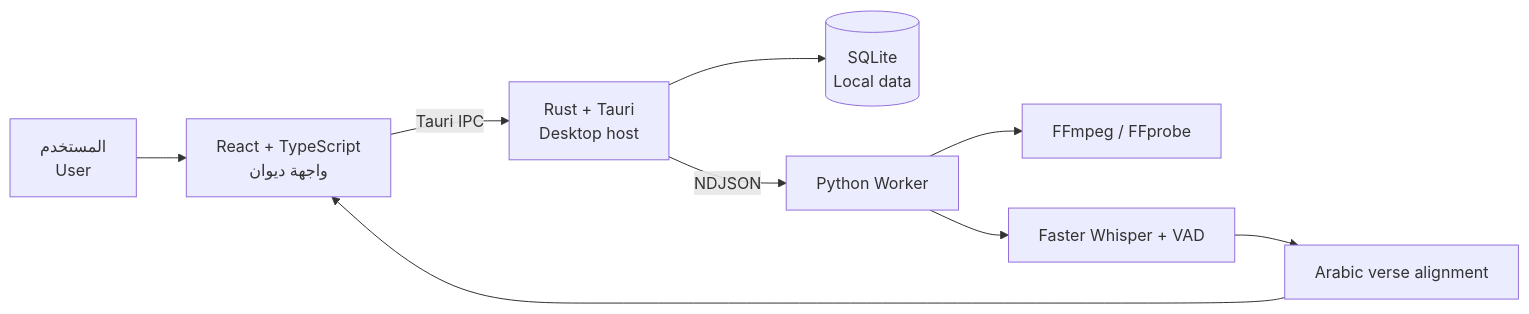
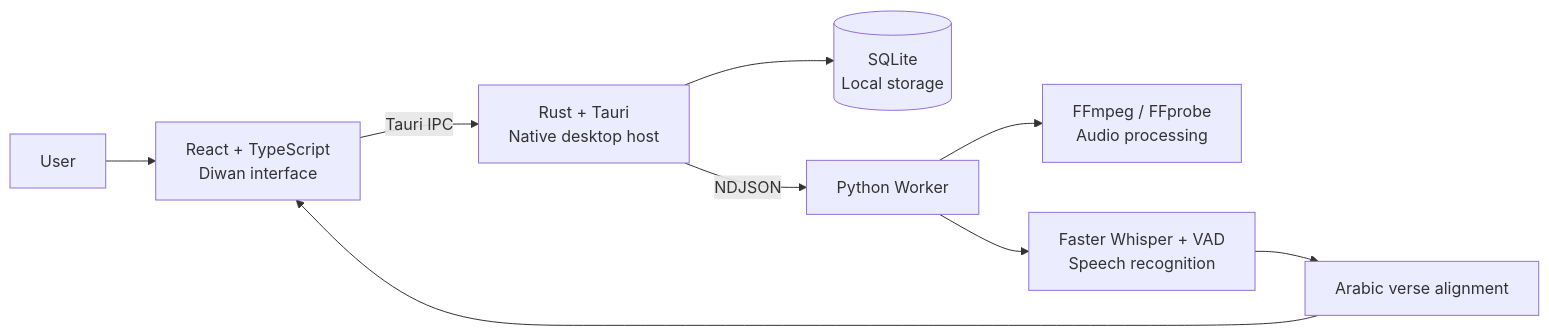
One commit to maleksaadi0109/Diwan changed the diagram in README.md. Above: the diagram before and after it, drawn with Mermaid. The commit also changed other lines of this file, not shown here.

````diff
--- a/README.md
+++ b/README.md
@@ -43,11 +41,11 @@
 ```mermaid
 flowchart LR
-    U["المستخدم<br/>User"] --> UI["React + TypeScript<br/>واجهة ديوان"]
-    UI -->|Tauri IPC| R["Rust + Tauri<br/>Desktop host"]
-    R --> DB[("SQLite<br/>Local data")]
+    U["User"] --> UI["React + TypeScript<br/>Diwan interface"]
+    UI -->|Tauri IPC| R["Rust + Tauri<br/>Native desktop host"]
+    R --> DB[("SQLite<br/>Local storage")]
     R -->|NDJSON| PY["Python Worker"]
-    PY --> FF["FFmpeg / FFprobe"]
-    PY --> ASR["Faster Whisper + VAD"]
+    PY --> FF["FFmpeg / FFprobe<br/>Audio processing"]
+    PY --> ASR["Faster Whisper + VAD<br/>Speech recognition"]
     ASR --> ALIGN["Arabic verse alignment"]
     ALIGN --> UI
 ```
````
